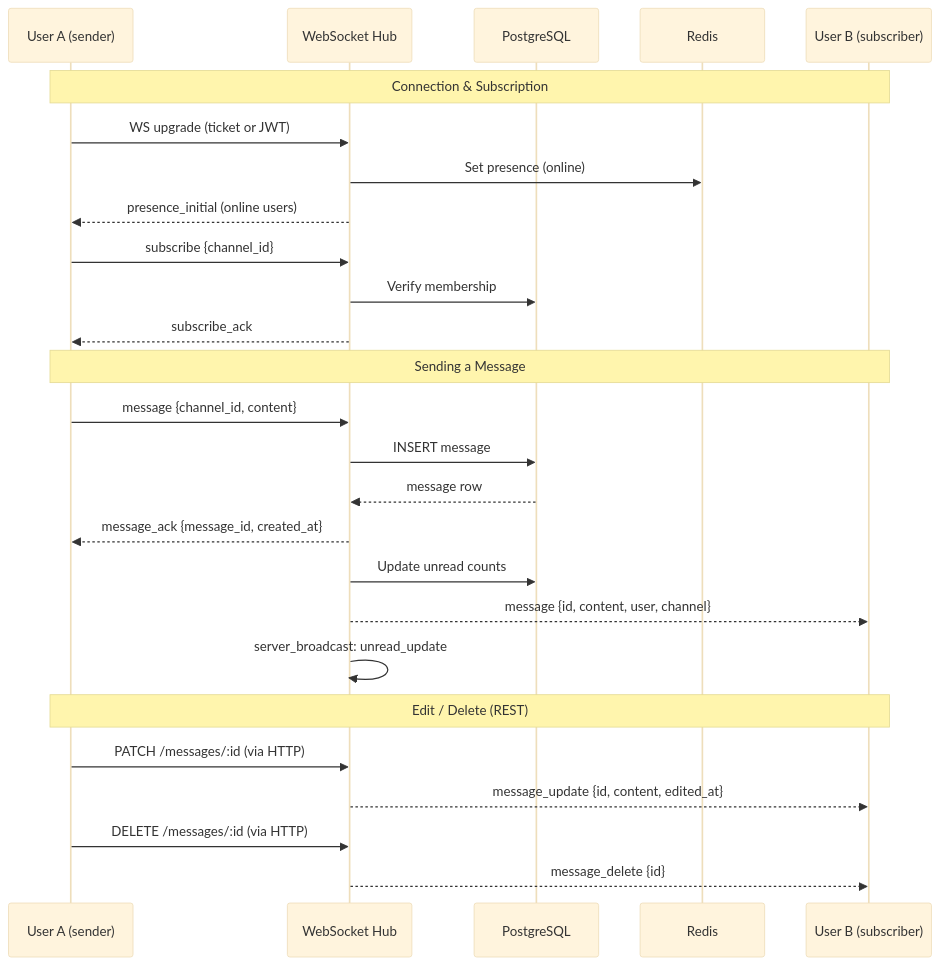
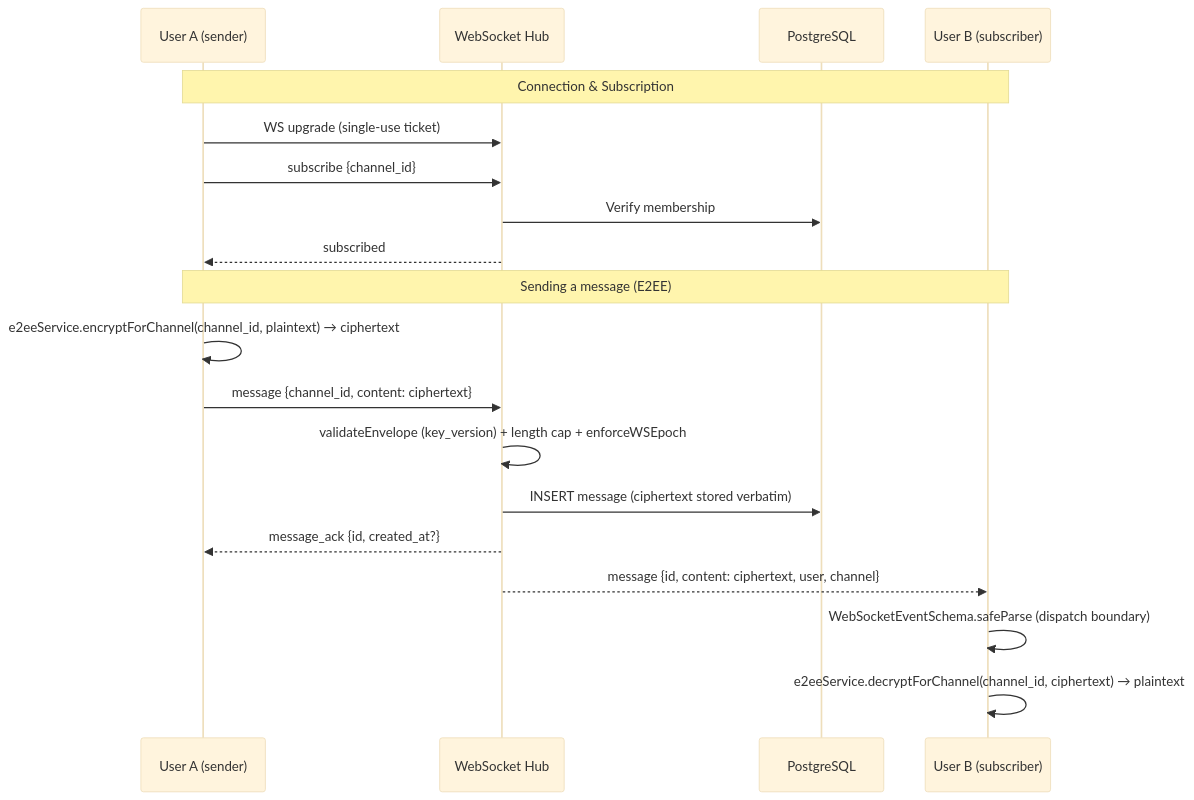
One commit to Concord-Voice/Self-Hosted changed the sixth of 10 diagrams in docs/architecture.md. Above: the diagram before and after it, drawn with Mermaid (base theme). The commit also changed other lines of this file, not shown here.

First line of the commit message:
docs: full rewrite of architecture.md with current codebase state (#1395)

````diff
--- a/docs/architecture.md
+++ b/docs/architecture.md
@@ -499,31 +474,23 @@
 ```mermaid
 sequenceDiagram
     participant A as User A (sender)
     participant WS as WebSocket Hub
     participant PG as PostgreSQL
-    participant RD as Redis
     participant B as User B (subscriber)
 
     Note over A,B: Connection & Subscription
-    A->>WS: WS upgrade (ticket or JWT)
-    WS->>RD: Set presence (online)
-    WS-->>A: presence_initial (online users)
+    A->>WS: WS upgrade (single-use ticket)
     A->>WS: subscribe {channel_id}
     WS->>PG: Verify membership
-    WS-->>A: subscribe_ack
+    WS-->>A: subscribed
 
-    Note over A,B: Sending a Message
-    A->>WS: message {channel_id, content}
-    WS->>PG: INSERT message
-    PG-->>WS: message row
-    WS-->>A: message_ack {message_id, created_at}
-    WS->>PG: Update unread counts
-    WS-->>B: message {id, content, user, channel}
-    WS->>WS: server_broadcast: unread_update
-
-    Note over A,B: Edit / Delete (REST)
-    A->>WS: PATCH /messages/:id (via HTTP)
-    WS-->>B: message_update {id, content, edited_at}
-    A->>WS: DELETE /messages/:id (via HTTP)
-    WS-->>B: message_delete {id}
+    Note over A,B: Sending a message (E2EE)
+    A->>A: e2eeService.encryptForChannel(channel_id, plaintext) → ciphertext
+    A->>WS: message {channel_id, content: ciphertext}
+    WS->>WS: validateEnvelope (key_version) + length cap + enforceWSEpoch
+    WS->>PG: INSERT message (ciphertext stored verbatim)
+    WS-->>A: message_ack {id, created_at?}
+    WS-->>B: message {id, content: ciphertext, user, channel}
+    B->>B: WebSocketEventSchema.safeParse (dispatch boundary)
+    B->>B: e2eeService.decryptForChannel(channel_id, ciphertext) → plaintext
 ```
````
